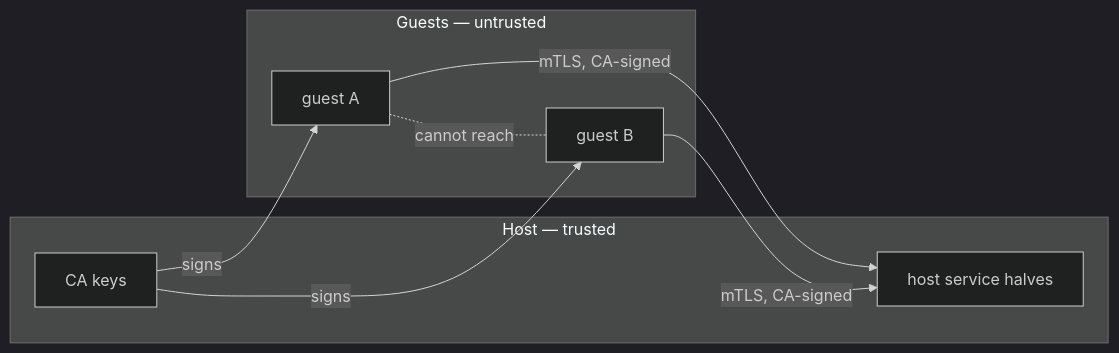
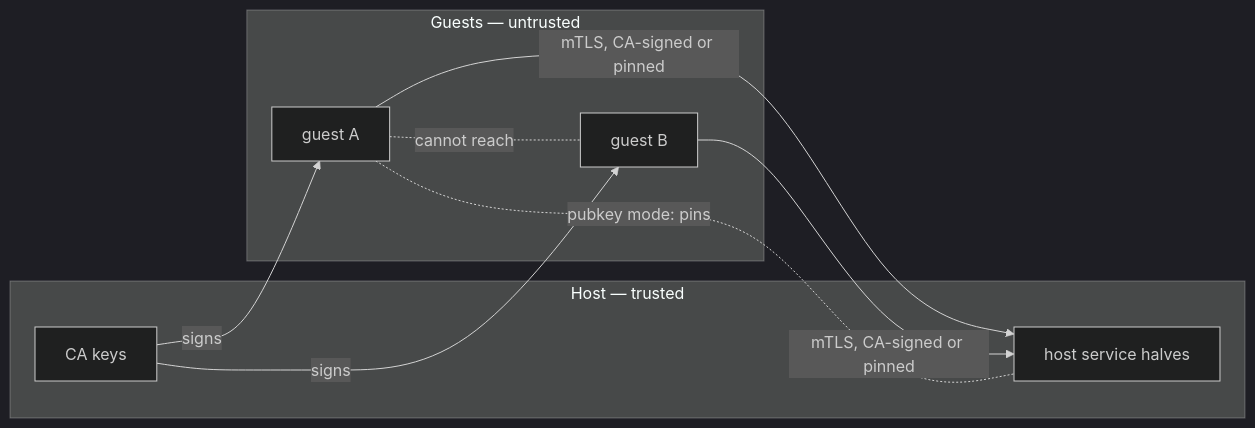
One commit to NioZow/tartarus.nix changed the diagram in docs/technical/security-model.md. Above: the diagram before and after it, drawn with Mermaid (dark theme). The commit also changed other lines of this file and 16 other files, not shown here.

First line of the commit message:
feat(auth): add no-CA self-signed pubkey cert mode

````diff
--- a/docs/technical/security-model.md
+++ b/docs/technical/security-model.md
@@ -30,16 +32,17 @@
 ```mermaid
 flowchart LR
   subgraph Host[Host — trusted]
     CA[CA keys]
     SVC[host service halves]
   end
   subgraph Guests[Guests — untrusted]
     G1[guest A]
     G2[guest B]
   end
-  G1 -->|mTLS, CA-signed| SVC
-  G2 -->|mTLS, CA-signed| SVC
+  G1 -->|mTLS, CA-signed or pinned| SVC
+  G2 -->|mTLS, CA-signed or pinned| SVC
   G1 -.cannot reach.- G2
   CA -->|signs| G1
   CA -->|signs| G2
+  G1 -.pubkey mode: pins.- SVC
 ```
````
